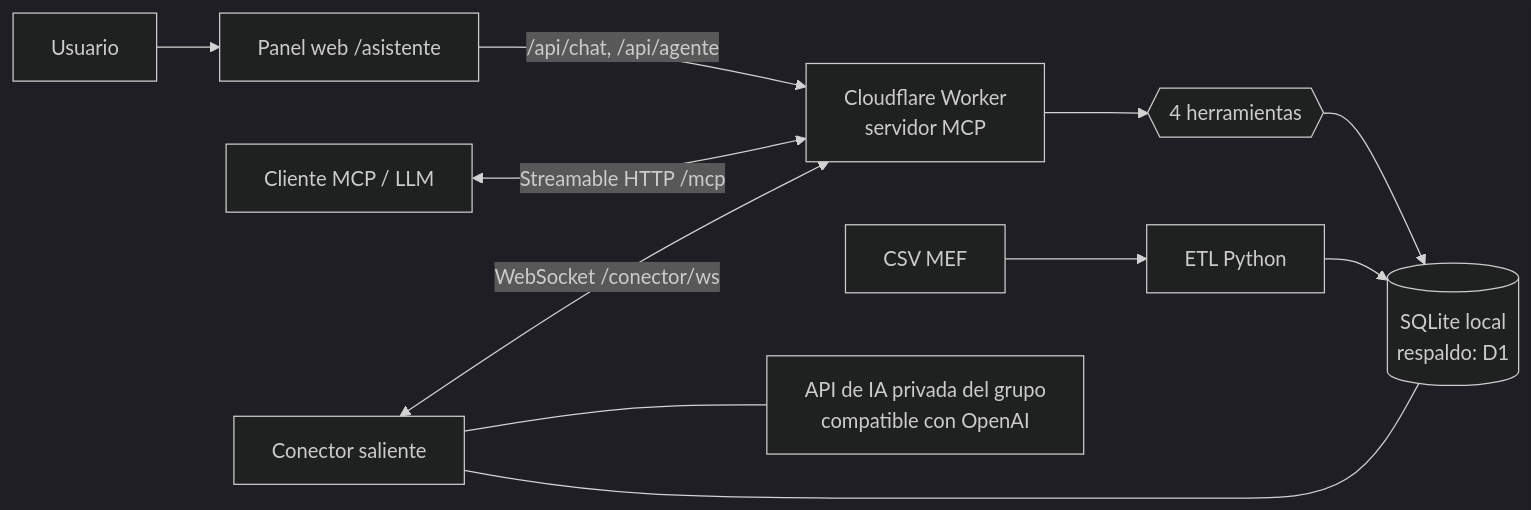
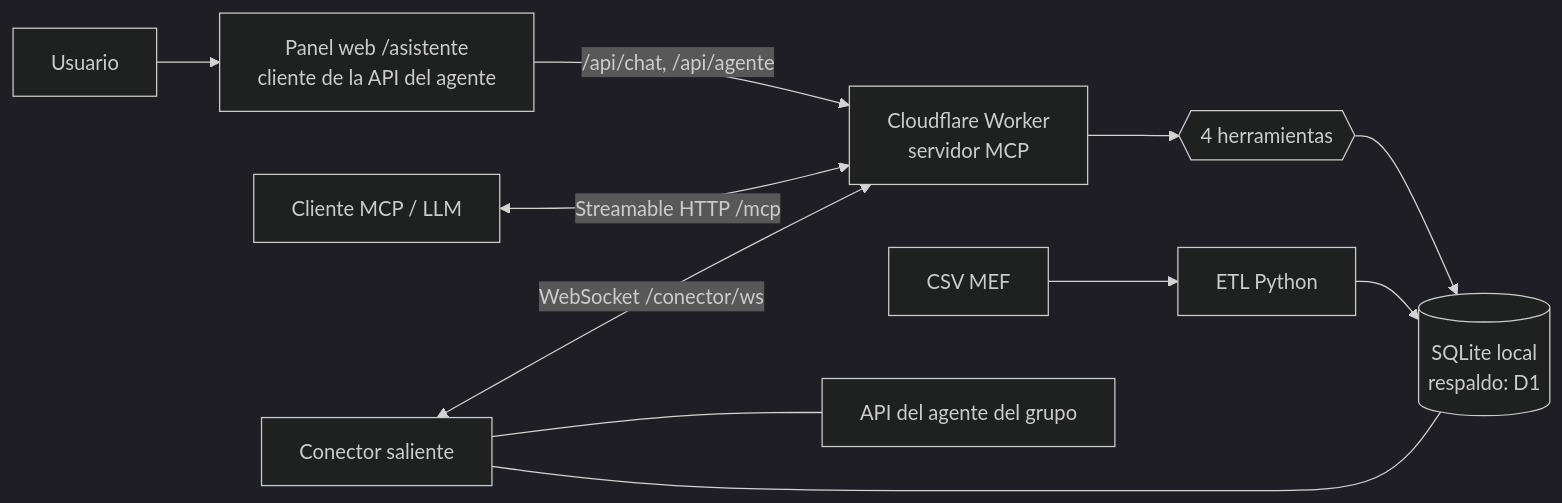
The third of 5 diagrams in docs/PROYECTO.md (adrielorihuela/obraclara-mcp), drawn with Mermaid (dark theme) before and after one commit. The commit also changed other lines of this file and 20 other files, not shown here.

First line of the commit message:
ObraClara pasa a ser cliente de la API del agente

````diff
--- a/docs/PROYECTO.md
+++ b/docs/PROYECTO.md
@@ -138,12 +138,12 @@
 ```mermaid
 flowchart LR
-  U[Usuario] --> P[Panel web /asistente]
+  U[Usuario] --> P[Panel web /asistente<br/>cliente de la API del agente]
   P -->|/api/chat, /api/agente| W
   C[Cliente MCP / LLM] <-->|Streamable HTTP /mcp| W[Cloudflare Worker<br/>servidor MCP]
   W --> T{{4 herramientas}}
   T --> DB[(SQLite local<br/>respaldo: D1)]
   CSV[CSV MEF] --> ETL[ETL Python] --> DB
   K[Conector saliente] <-->|WebSocket /conector/ws| W
-  K --- IA[API de IA privada del grupo<br/>compatible con OpenAI]
+  K --- IA[API del agente del grupo]
   K --- DB
 ```
````
